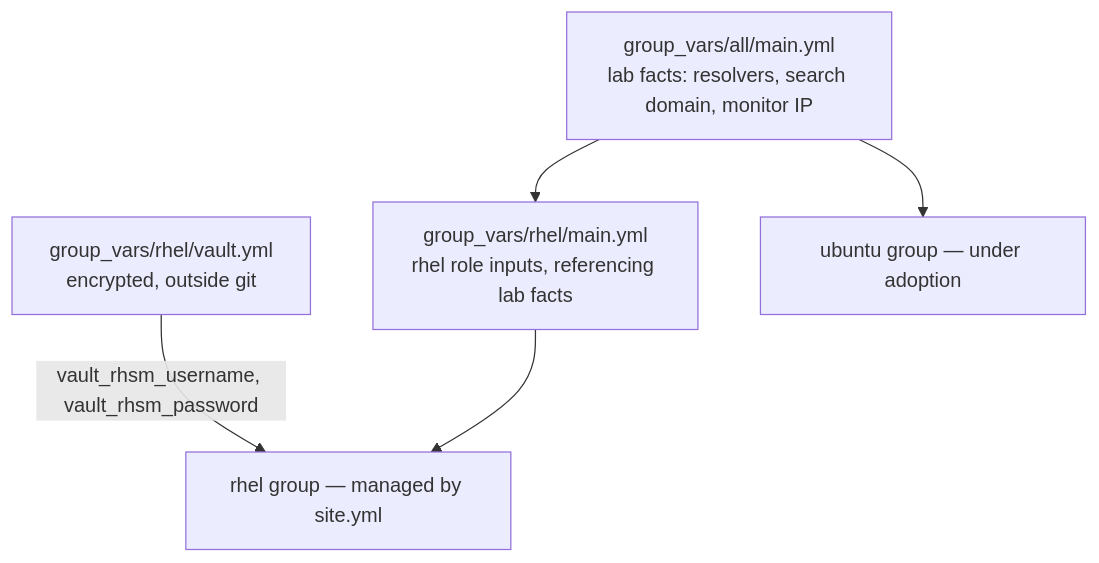
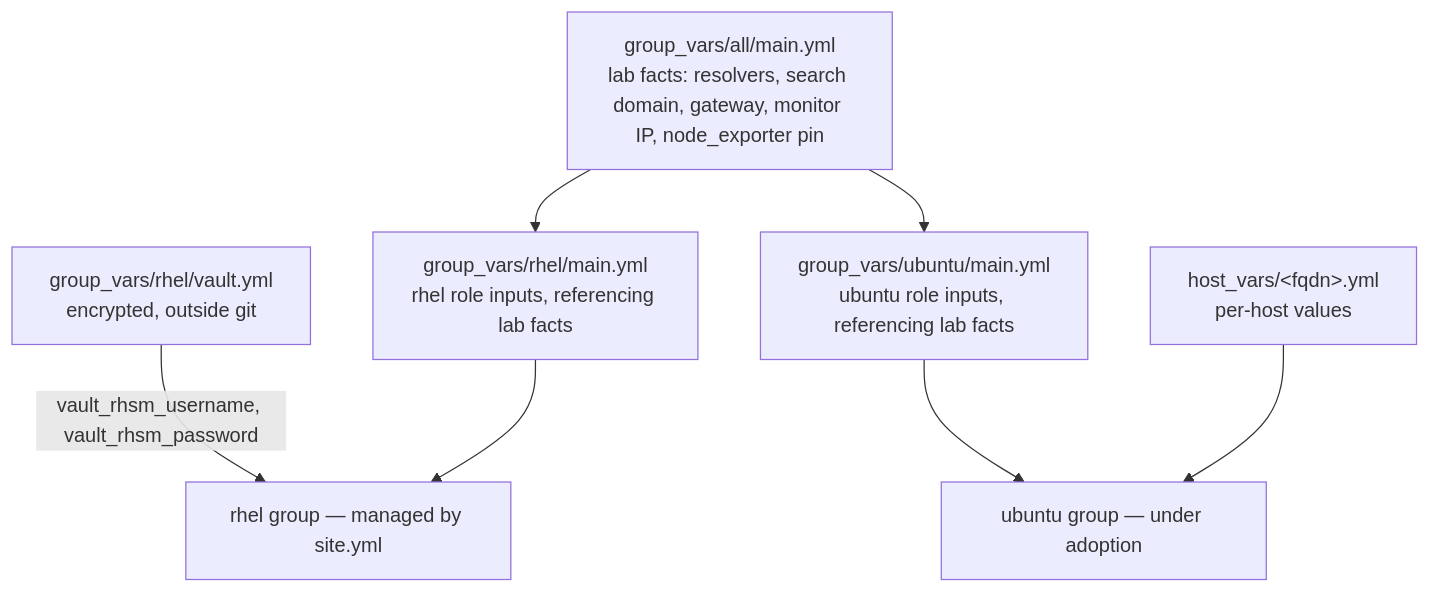
Before and after one commit to eugeneivanov-dev/ansible: the diagram in README.md, drawn with Mermaid. The commit also changed other lines of this file, not shown here.

Commit message:
README: ubuntu play complete, eight roles, host_vars and group_vars/ubuntu in layout

````diff
--- a/README.md
+++ b/README.md
@@ -39,13 +41,17 @@
 ```mermaid
 flowchart TB
     vault["group_vars/rhel/vault.yml<br/>encrypted, outside git"]
-    lab_facts["group_vars/all/main.yml<br/>lab facts: resolvers, search domain, monitor IP"]
+    lab_facts["group_vars/all/main.yml<br/>lab facts: resolvers, search domain, gateway, monitor IP, node_exporter pin"]
     rhel_vars["group_vars/rhel/main.yml<br/>rhel role inputs, referencing lab facts"]
+    ubuntu_vars["group_vars/ubuntu/main.yml<br/>ubuntu role inputs, referencing lab facts"]
+    host_vars["host_vars/&lt;fqdn&gt;.yml<br/>per-host values"]
     rhel["rhel group — managed by site.yml"]
     ubuntu["ubuntu group — under adoption"]
 
     vault -- "vault_rhsm_username, vault_rhsm_password" --> rhel
     lab_facts --> rhel_vars
-    lab_facts --> ubuntu
+    lab_facts --> ubuntu_vars
     rhel_vars --> rhel
+    ubuntu_vars --> ubuntu
+    host_vars --> ubuntu
 ```
````
